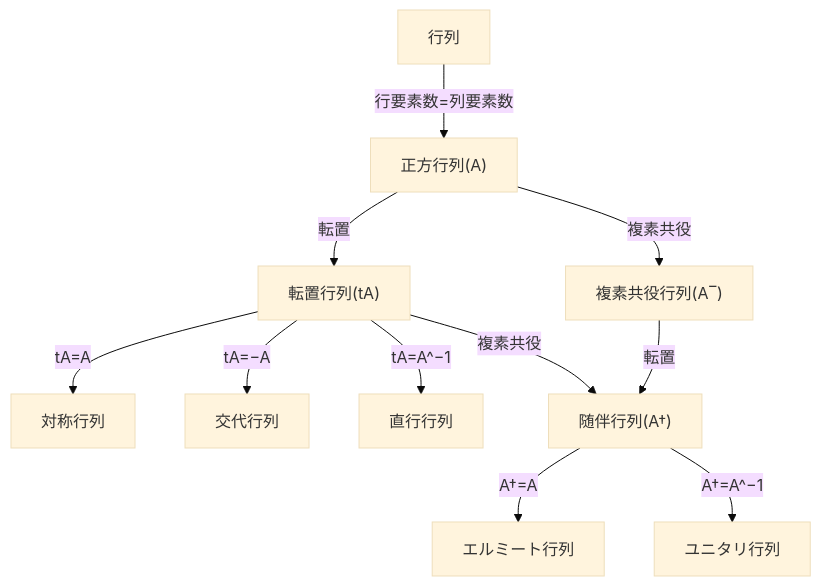
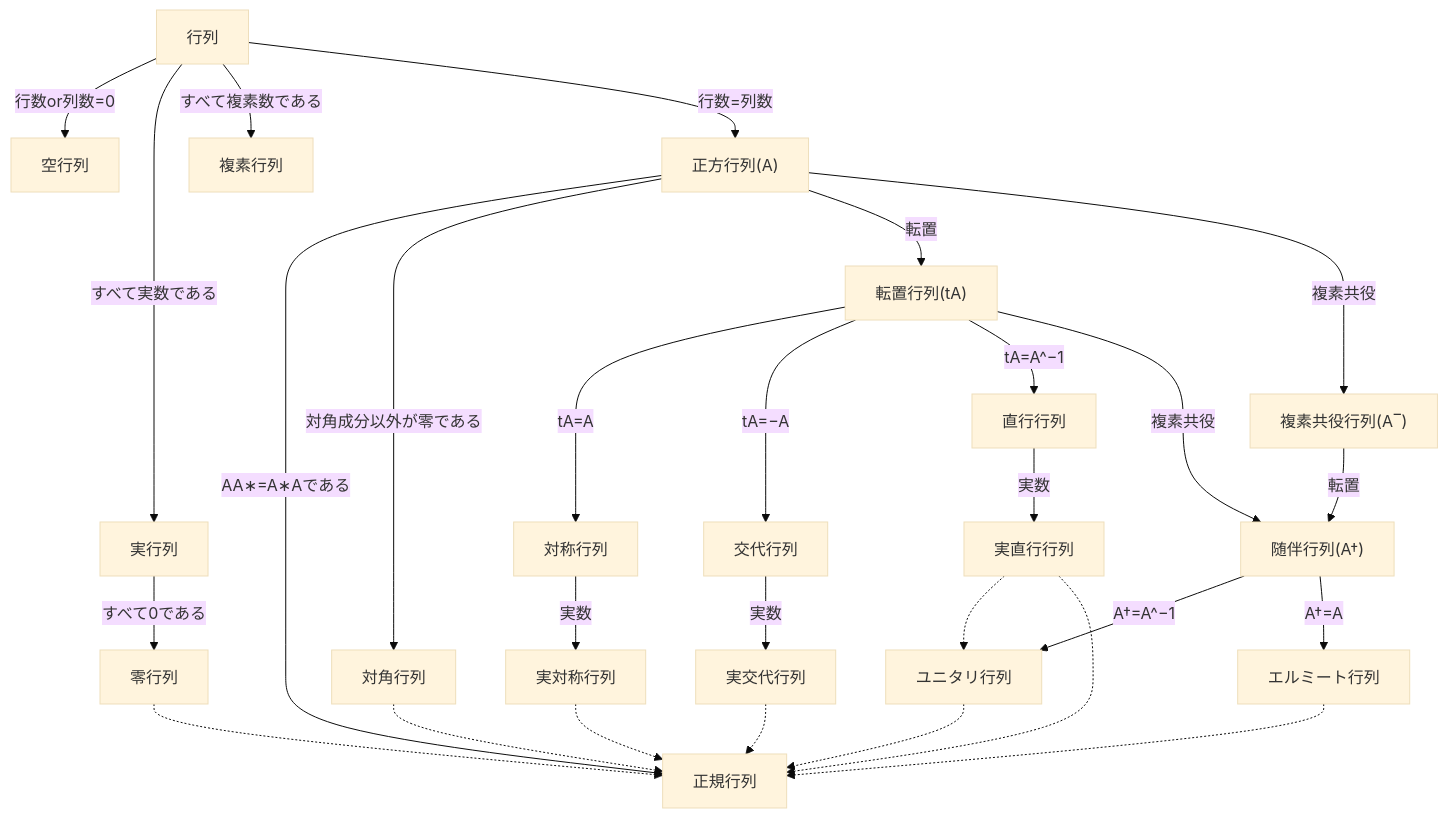
The diagram in Matrix.md (GOAMI-Takaaki/physics), drawn with Mermaid (base theme) before and after one commit. The commit also changed other lines of this file, not shown here.

Commit message:
Add matrix details

````diff
--- a/Matrix.md
+++ b/Matrix.md
@@ -6,25 +6,64 @@
 ```mermaid
 flowchart TD
     matrix["行列"]
+    empty["空行列"]
+    real["実行列"]
+    zero["零行列"]
+    complex["複素行列"]
+
     square["正方行列(A)"]
+
+    diagonal["対角行列"]
+
     symmetric["対称行列"]
+    realSymmetric["実対称行列"]
+
     antiSymmetric["交代行列"]
+    realAntiSymmetric["実交代行列"]
+
+    orthogonal["直行行列"]
+    realOrthogonal["実直行行列"]
 
     transpose["転置行列(tA)"]
-    orthogonal["直行行列"]
     complexConjugate["複素共役行列(A‾)"]
     adjoint["随伴行列(A†)"]
+    normal["正規行列"]
     hermitian["エルミート行列"]
     unitary["ユニタリ行列"]
 
-    matrix --"行要素数=列要素数"--> square
+    matrix --"行数or列数=0"--> empty
+    matrix --"すべて実数である"--> real
+    real --"すべて0である"--> zero
+    matrix --"すべて複素数である"--> complex
+    matrix --"行数=列数"--> square
+    square --"AA∗=A∗Aである"--> normal
+    square --"対角成分以外が零である"--> diagonal
+
     square --転置--> transpose
     transpose --"tA=A"--> symmetric
+    symmetric --"実数"--> realSymmetric
+
     transpose --"tA=−A"--> antiSymmetric
+    antiSymmetric --"実数"--> realAntiSymmetric
+
     transpose --"tA=A^−1"--> orthogonal
+    orthogonal --"実数"--> realOrthogonal
+
     square --複素共役--> complexConjugate
     transpose --複素共役--> adjoint
     complexConjugate --転置--> adjoint
+
+
+    adjoint --"A†=A^−1"--> unitary
+    realOrthogonal -.-> unitary
+    unitary -.-> normal
+
     adjoint --"A†=A"--> hermitian
-    adjoint --"A†=A^−1"--> unitary
+
+    zero -.-> normal
+    realSymmetric -.-> normal
+    realAntiSymmetric -.-> normal
+    realOrthogonal -.-> normal
+    diagonal -.-> normal
+    hermitian -.-> normal
 ```
````
